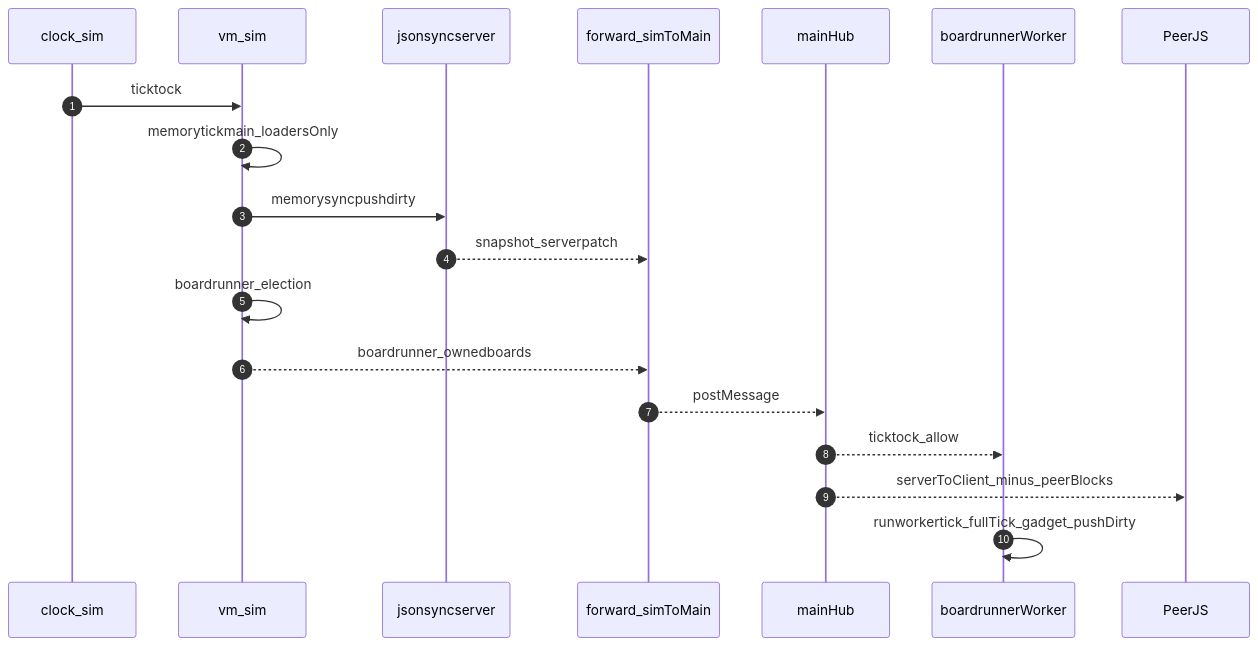
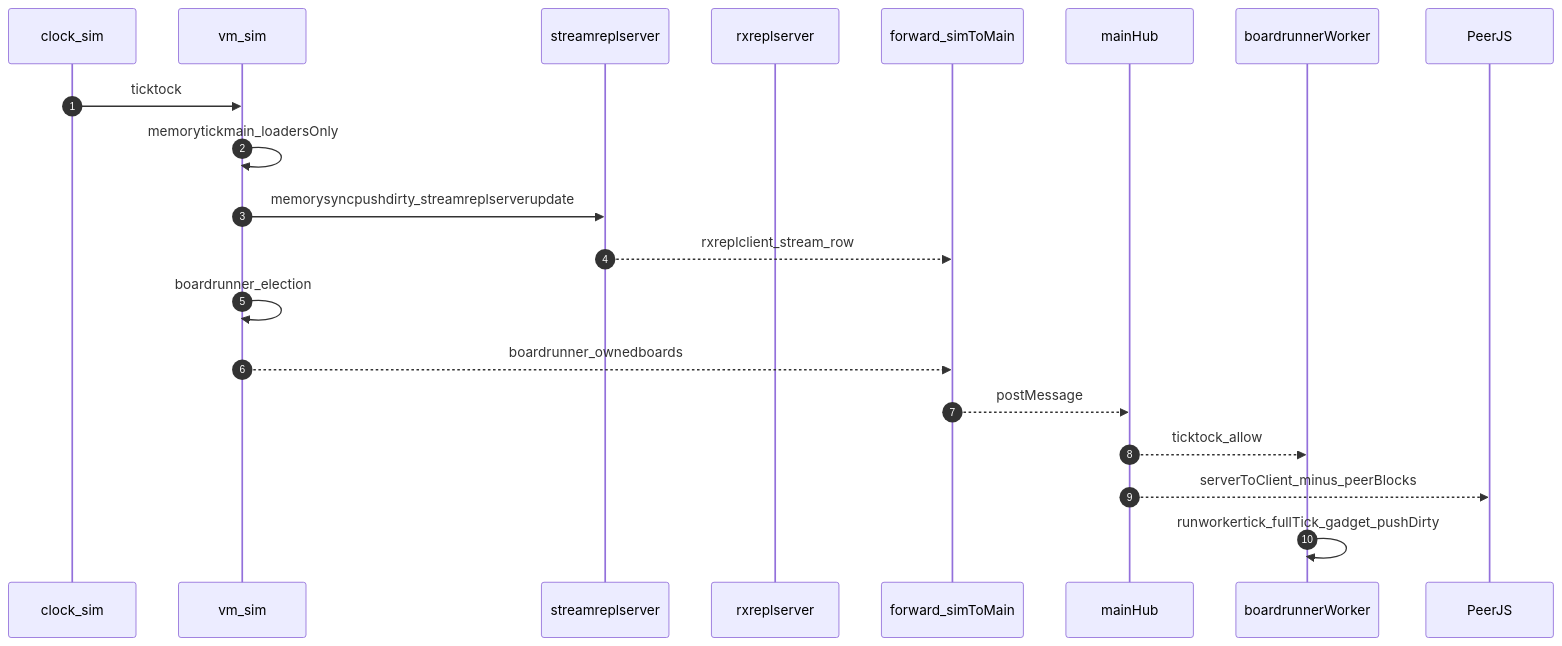
One commit to goldbuick/zed-software-system changed the second of 4 diagrams in zss/device/docs/host-vs-join-architecture.md. Above: the diagram before and after it, drawn with Mermaid. The commit also changed other lines of this file and 55 other files, not shown here.

````diff
--- a/zss/device/docs/host-vs-join-architecture.md
+++ b/zss/device/docs/host-vs-join-architecture.md
@@ -233,22 +236,23 @@
 ```mermaid
 sequenceDiagram
   autonumber
   participant CLK as clock_sim
   participant VM as vm_sim
-  participant JSS as jsonsyncserver
+  participant STR as streamreplserver
+  participant RXS as rxreplserver
   participant FWD as forward_simToMain
   participant MAIN as mainHub
   participant BR as boardrunnerWorker
   participant PEER as PeerJS
 
   CLK->>VM: ticktock
   VM->>VM: memorytickmain_loadersOnly
-  VM->>JSS: memorysyncpushdirty
-  JSS-->>FWD: snapshot_serverpatch
+  VM->>STR: memorysyncpushdirty_streamreplserverupdate
+  STR-->>FWD: rxreplclient_stream_row
   VM->>VM: boardrunner_election
   VM-->>FWD: boardrunner_ownedboards
   FWD-->>MAIN: postMessage
   MAIN-->>BR: ticktock_allow
   MAIN-->>PEER: serverToClient_minus_peerBlocks
   BR->>BR: runworkertick_fullTick_gadget_pushDirty
 ```
````
